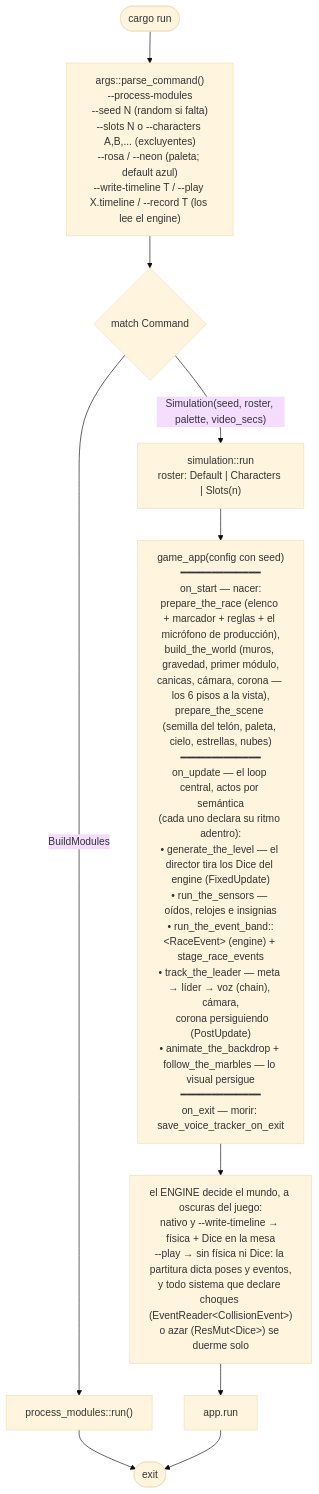
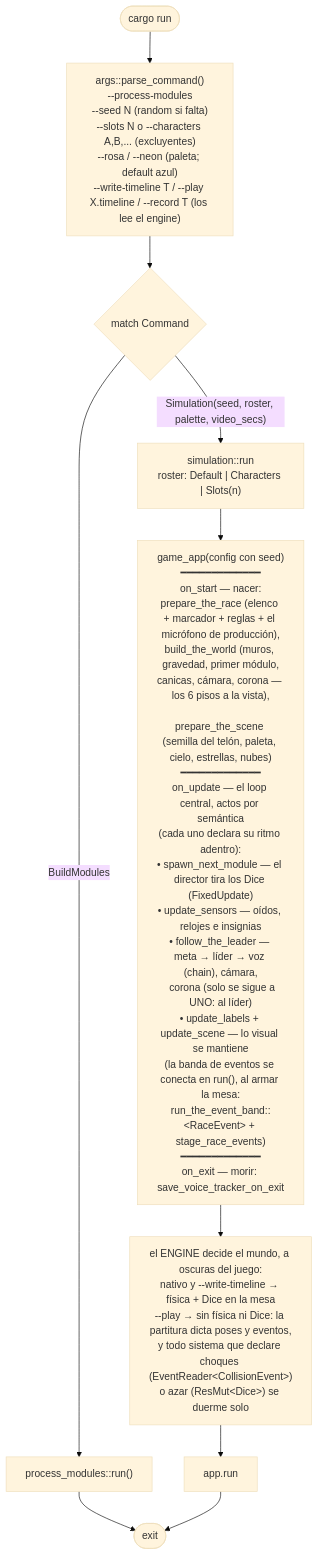
Before and after one commit to jesusgomeznuz/canicasbrawl-rapier: the first of 5 diagrams in docs/flow.md, drawn with Mermaid (base theme). The commit also changed 7 other files, not shown here.

First line of the commit message:
refactor: on_update en 5 actos — solo se sigue a UNO: al líder

````diff
--- a/docs/flow.md
+++ b/docs/flow.md
@@ -7,15 +7,15 @@
 ```mermaid
 flowchart TD
     Start([cargo run]) --> Parse["args::parse_command()<br/>--process-modules<br/>--seed N (random si falta)<br/>--slots N o --characters A,B,... (excluyentes)<br/>--rosa / --neon (paleta; default azul)<br/>--write-timeline T / --play X.timeline / --record T (los lee el engine)"]
     Parse --> Match{match Command}
     Match -- BuildModules --> Editor["process_modules::run()"]
     Match -- "Simulation(seed, roster, palette, video_secs)" --> Run["simulation::run<br/>roster: Default | Characters | Slots(n)"]
 
-    Run --> Fases["game_app(config con seed)<br/>━━━━━━━━━━━━━<br/>on_start — nacer:<br/>prepare_the_race (elenco + marcador + reglas + el micrófono de producción),<br/>build_the_world (muros, gravedad, primer módulo,<br/>canicas, cámara, corona — los 6 pisos a la vista),<br/>prepare_the_scene (semilla del telón, paleta, cielo, estrellas, nubes)<br/>━━━━━━━━━━━━━<br/>on_update — el loop central, actos por semántica<br/>(cada uno declara su ritmo adentro):<br/>• generate_the_level — el director tira los Dice del engine (FixedUpdate)<br/>• run_the_sensors — oídos, relojes e insignias<br/>• run_the_event_band::&lt;RaceEvent&gt; (engine) + stage_race_events<br/>• track_the_leader — meta → líder → voz (chain), cámara,<br/>&nbsp;&nbsp;corona persiguiendo (PostUpdate)<br/>• animate_the_backdrop + follow_the_marbles — lo visual persigue<br/>━━━━━━━━━━━━━<br/>on_exit — morir: save_voice_tracker_on_exit"]
+    Run --> Fases["game_app(config con seed)<br/>━━━━━━━━━━━━━<br/>on_start — nacer:<br/>prepare_the_race (elenco + marcador + reglas + el micrófono de producción),<br/>build_the_world (muros, gravedad, primer módulo,<br/>canicas, cámara, corona — los 6 pisos a la vista),<br/><br/>prepare_the_scene (semilla del telón, paleta, cielo, estrellas, nubes)<br/>━━━━━━━━━━━━━<br/>on_update — el loop central, actos por semántica<br/>(cada uno declara su ritmo adentro):<br/>• spawn_next_module — el director tira los Dice (FixedUpdate)<br/>• update_sensors — oídos, relojes e insignias<br/>• follow_the_leader — meta → líder → voz (chain), cámara,<br/>&nbsp;&nbsp;corona (solo se sigue a UNO: al líder)<br/>• update_labels + update_scene — lo visual se mantiene<br/>(la banda de eventos se conecta en run(), al armar la mesa:<br/>run_the_event_band::&lt;RaceEvent&gt; + stage_race_events)<br/>━━━━━━━━━━━━━<br/>on_exit — morir: save_voice_tracker_on_exit"]
 
     Fases --> Dark["el ENGINE decide el mundo, a oscuras del juego:<br/>nativo y --write-timeline → física + Dice en la mesa<br/>--play → sin física ni Dice: la partitura dicta poses y eventos,<br/>y todo sistema que declare choques (EventReader&lt;CollisionEvent&gt;)<br/>o azar (ResMut&lt;Dice&gt;) se duerme solo"]
 
     Editor --> End([exit])
     Dark --> Loop["app.run"]
     Loop --> End
 ```
````
